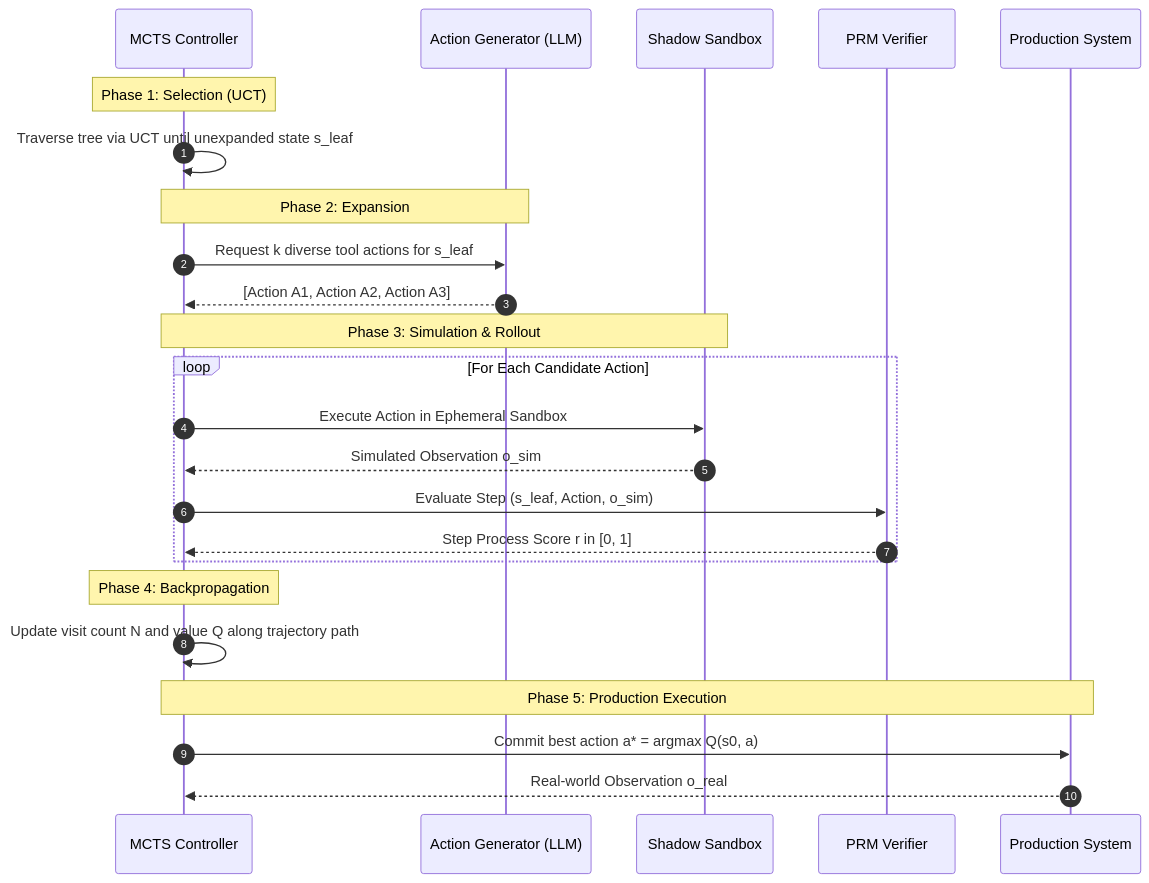
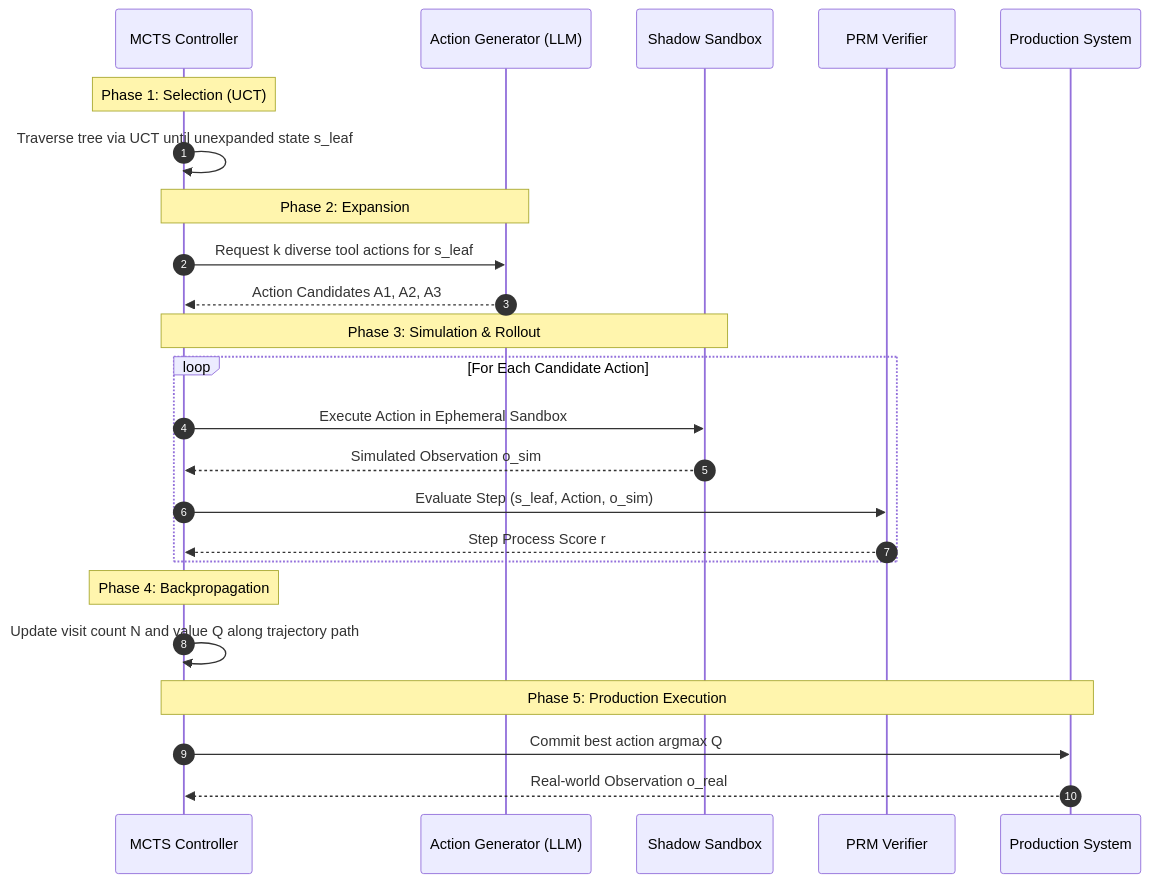
One commit to prethiv/Agentic-AI-Case-studies changed the second of 2 diagrams in case-studies/12-agentic-test-time-compute-mcts/README.md. Above: the diagram before and after it, drawn with Mermaid. The commit also changed other lines of this file and 4 other files, not shown here.

Commit message:
fix(docs): resolve Mermaid syntax errors in case studies 12-15 and add validation test suite

````diff
--- a/case-studies/12-agentic-test-time-compute-mcts/README.md
+++ b/case-studies/12-agentic-test-time-compute-mcts/README.md
@@ -137,31 +137,31 @@
 ```mermaid
 sequenceDiagram
     autonumber
     participant MCTS as MCTS Controller
     participant Gen as Action Generator (LLM)
     participant Sim as Shadow Sandbox
     participant PRM as PRM Verifier
     participant Env as Production System
 
     Note over MCTS: Phase 1: Selection (UCT)
     MCTS->>MCTS: Traverse tree via UCT until unexpanded state s_leaf
 
     Note over MCTS,Gen: Phase 2: Expansion
     MCTS->>Gen: Request k diverse tool actions for s_leaf
-    Gen-->>MCTS: [Action A1, Action A2, Action A3]
+    Gen-->>MCTS: Action Candidates A1, A2, A3
 
     Note over MCTS,Sim: Phase 3: Simulation & Rollout
     loop For Each Candidate Action
         MCTS->>Sim: Execute Action in Ephemeral Sandbox
         Sim-->>MCTS: Simulated Observation o_sim
         MCTS->>PRM: Evaluate Step (s_leaf, Action, o_sim)
-        PRM-->>MCTS: Step Process Score r in [0, 1]
+        PRM-->>MCTS: Step Process Score r
     end
 
     Note over MCTS: Phase 4: Backpropagation
     MCTS->>MCTS: Update visit count N and value Q along trajectory path
 
     Note over MCTS,Env: Phase 5: Production Execution
-    MCTS->>Env: Commit best action a* = argmax Q(s0, a)
+    MCTS->>Env: Commit best action argmax Q
     Env-->>MCTS: Real-world Observation o_real
 ```
````
